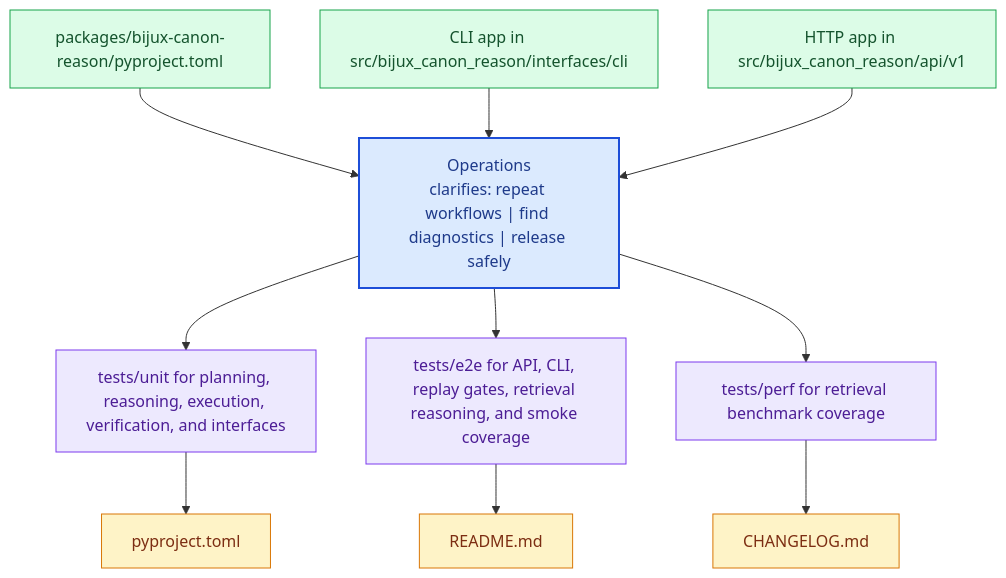
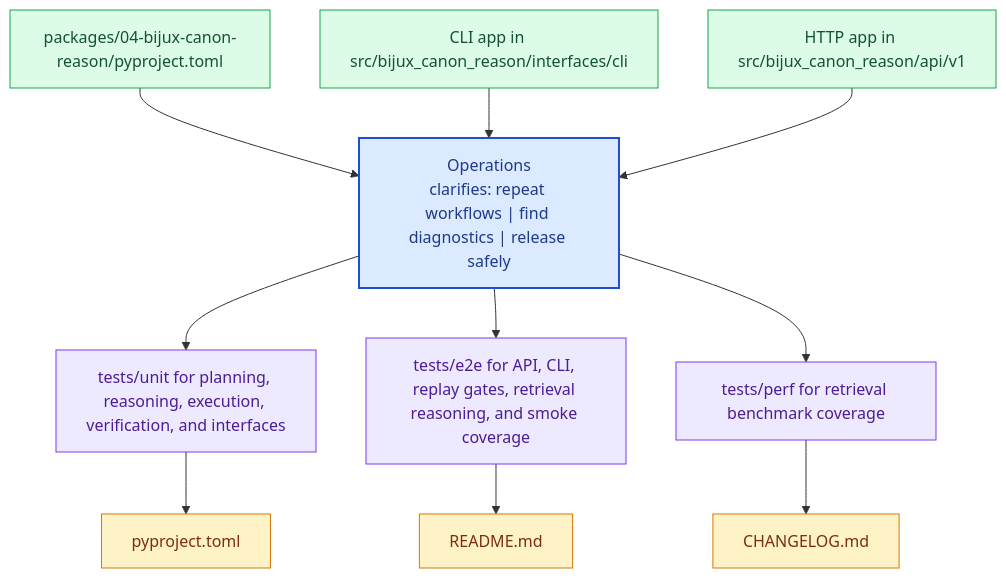
One commit to bijux/bijux-canon changed the diagram in docs/04-bijux-canon-reason/operations/index.md. Above: the diagram before and after it, drawn with Mermaid. The commit also changed other lines of this file and 167 other files, not shown here.

````diff
--- a/docs/04-bijux-canon-reason/operations/index.md
+++ b/docs/04-bijux-canon-reason/operations/index.md
@@ -20,31 +20,31 @@
 ```mermaid
 flowchart TB
     page["Operations<br/>clarifies: repeat workflows | find diagnostics | release safely"]
     classDef page fill:#dbeafe,stroke:#1d4ed8,color:#1e3a8a,stroke-width:2px;
     classDef positive fill:#dcfce7,stroke:#16a34a,color:#14532d;
     classDef caution fill:#fee2e2,stroke:#dc2626,color:#7f1d1d;
     classDef anchor fill:#ede9fe,stroke:#7c3aed,color:#4c1d95;
     classDef action fill:#fef3c7,stroke:#d97706,color:#7c2d12;
-    step1["packages/bijux-canon-reason/pyproject.toml"]
+    step1["packages/04-bijux-canon-reason/pyproject.toml"]
     step1 --> page
     step2["CLI app in src/bijux_canon_reason/interfaces/cli"]
     step2 --> page
     step3["HTTP app in src/bijux_canon_reason/api/v1"]
     step3 --> page
     run1["tests/unit for planning, reasoning, execution, verification, and interfaces"]
     page --> run1
     run2["tests/e2e for API, CLI, replay gates, retrieval reasoning, and smoke coverage"]
     page --> run2
     run3["tests/perf for retrieval benchmark coverage"]
     page --> run3
     release1["pyproject.toml"]
     run1 --> release1
     release2["README.md"]
     run2 --> release2
     release3["CHANGELOG.md"]
     run3 --> release3
     class page page;
     class step1,step2,step3 positive;
     class run1,run2,run3 anchor;
     class release1,release2,release3 action;
 ```
````
